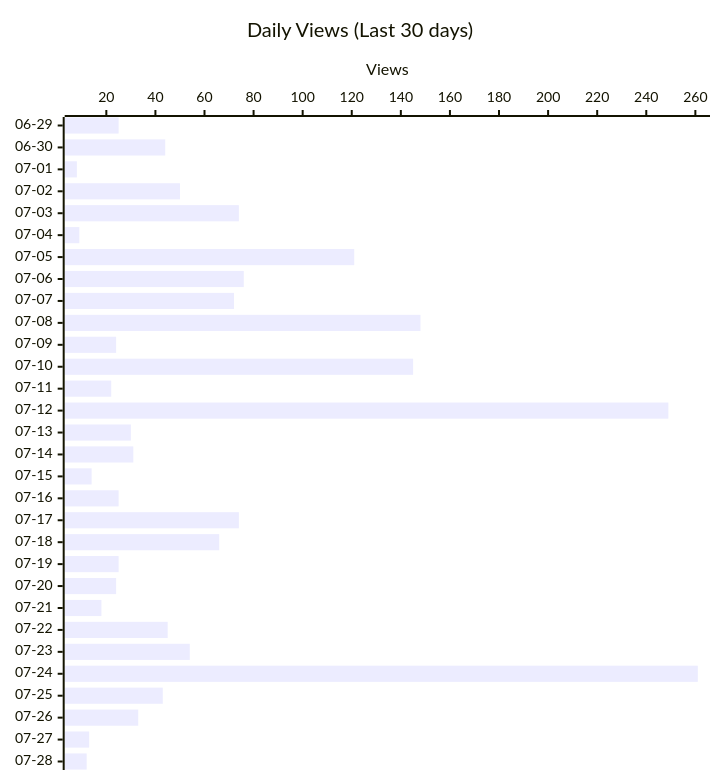
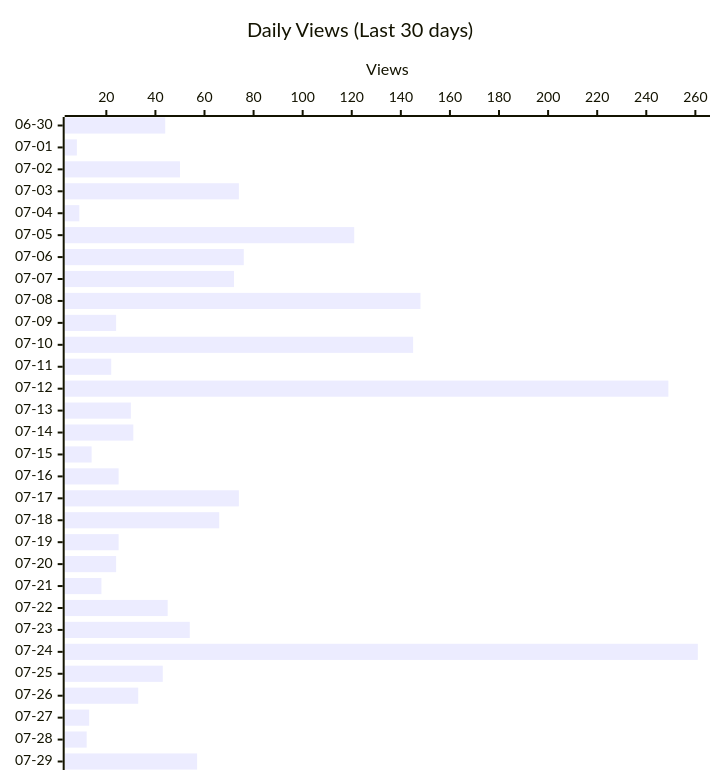
The second of 4 diagrams in README.md (shigechika/github-insights), drawn with Mermaid before and after one commit. The commit also changed other lines of this file and 2 other files, not shown here.

````diff
--- a/README.md
+++ b/README.md
@@ -28,12 +28,12 @@
 ```mermaid
 ---
 config:
   xyChart:
     height: 760
 ---
 xychart-beta horizontal
     title "Daily Views (Last 30 days)"
-    x-axis ["06-29", "06-30", "07-01", "07-02", "07-03", "07-04", "07-05", "07-06", "07-07", "07-08", "07-09", "07-10", "07-11", "07-12", "07-13", "07-14", "07-15", "07-16", "07-17", "07-18", "07-19", "07-20", "07-21", "07-22", "07-23", "07-24", "07-25", "07-26", "07-27", "07-28"]
+    x-axis ["06-30", "07-01", "07-02", "07-03", "07-04", "07-05", "07-06", "07-07", "07-08", "07-09", "07-10", "07-11", "07-12", "07-13", "07-14", "07-15", "07-16", "07-17", "07-18", "07-19", "07-20", "07-21", "07-22", "07-23", "07-24", "07-25", "07-26", "07-27", "07-28", "07-29"]
     y-axis "Views"
-    bar [25, 44, 8, 50, 74, 9, 121, 76, 72, 148, 24, 145, 22, 249, 30, 31, 14, 25, 74, 66, 25, 24, 18, 45, 54, 261, 43, 33, 13, 12]
+    bar [44, 8, 50, 74, 9, 121, 76, 72, 148, 24, 145, 22, 249, 30, 31, 14, 25, 74, 66, 25, 24, 18, 45, 54, 261, 43, 33, 13, 12, 57]
 ```
````
